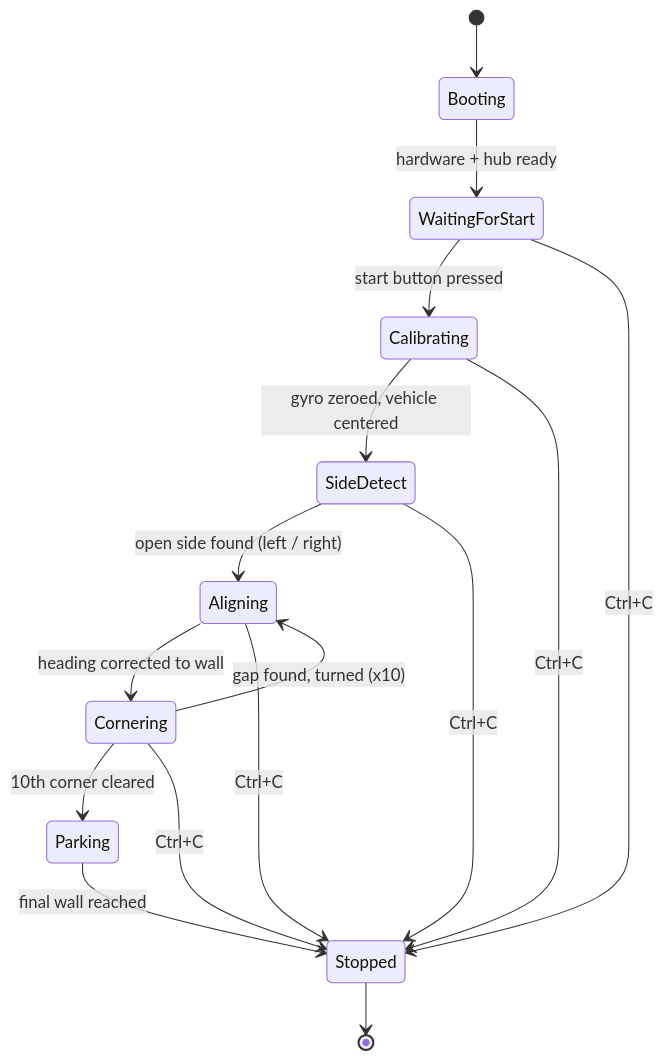
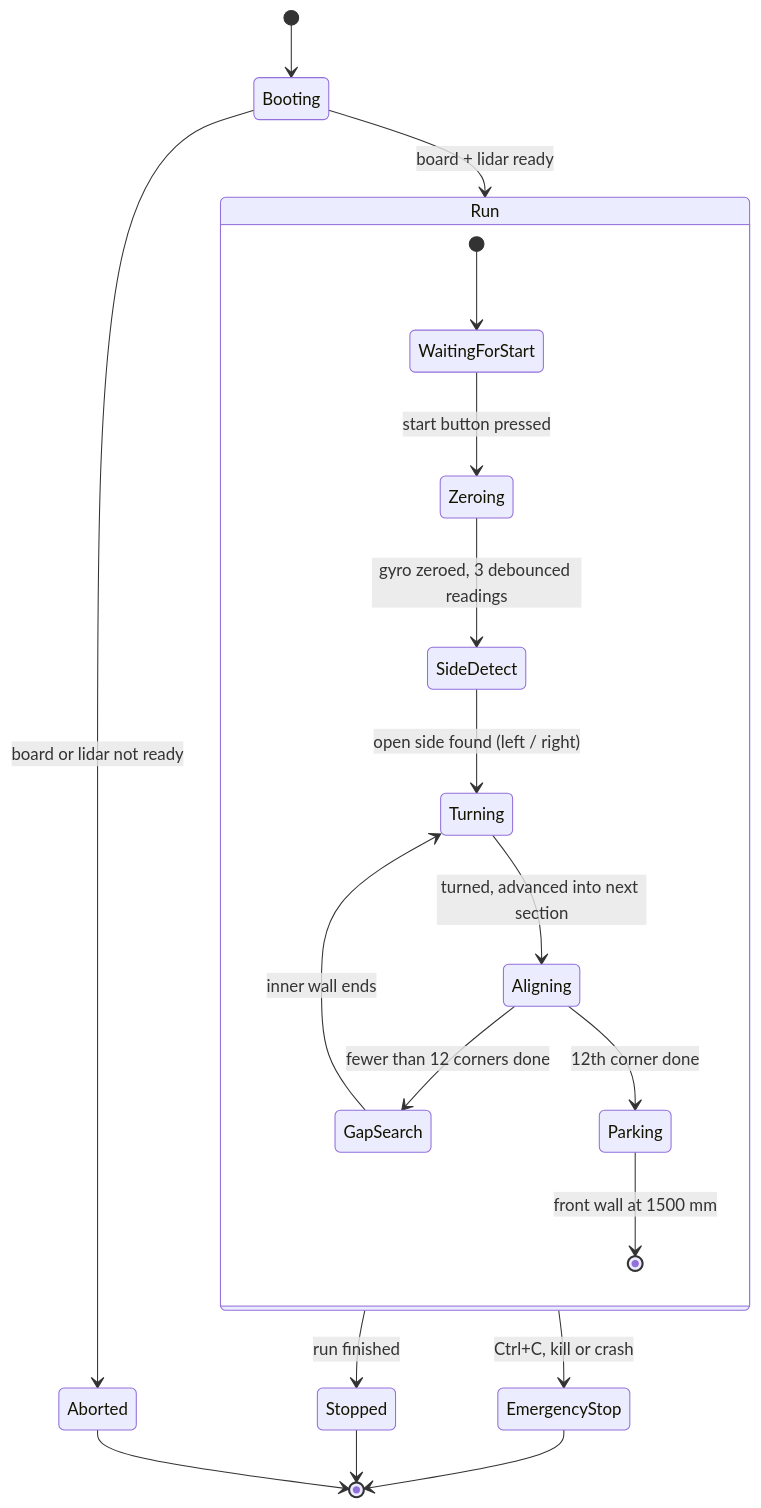
Before and after one commit to alex309-duarte/WRO_Future_Engineers_Queretaro_CSS: the second of 4 diagrams in README.md, drawn with Mermaid. The commit also changed other lines of this file and 19 other files, not shown here.

````diff
--- a/README.md
+++ b/README.md
@@ -779,18 +822,22 @@
 ```mermaid
 stateDiagram-v2
     [*] --> Booting
-    Booting --> WaitingForStart: hardware + hub ready
-    WaitingForStart --> Calibrating: start button pressed
-    Calibrating --> SideDetect: gyro zeroed, vehicle centered
-    SideDetect --> Aligning: open side found (left / right)
-    Aligning --> Cornering: heading corrected to wall
-    Cornering --> Aligning: gap found, turned (x10)
-    Cornering --> Parking: 10th corner cleared
-    Parking --> Stopped: final wall reached
-    WaitingForStart --> Stopped: Ctrl+C
-    Calibrating --> Stopped: Ctrl+C
-    SideDetect --> Stopped: Ctrl+C
-    Aligning --> Stopped: Ctrl+C
-    Cornering --> Stopped: Ctrl+C
+    Booting --> Aborted: board or lidar not ready
+    Booting --> Run: board + lidar ready
+    state Run {
+        [*] --> WaitingForStart
+        WaitingForStart --> Zeroing: start button pressed
+        Zeroing --> SideDetect: gyro zeroed, 3 debounced readings
+        SideDetect --> Turning: open side found (left / right)
+        Turning --> Aligning: turned, advanced into next section
+        Aligning --> GapSearch: fewer than 12 corners done
+        GapSearch --> Turning: inner wall ends
+        Aligning --> Parking: 12th corner done
+        Parking --> [*]: front wall at 1500 mm
+    }
+    Run --> Stopped: run finished
+    Run --> EmergencyStop: Ctrl+C, kill or crash
+    Aborted --> [*]
     Stopped --> [*]
+    EmergencyStop --> [*]
 ```
````
